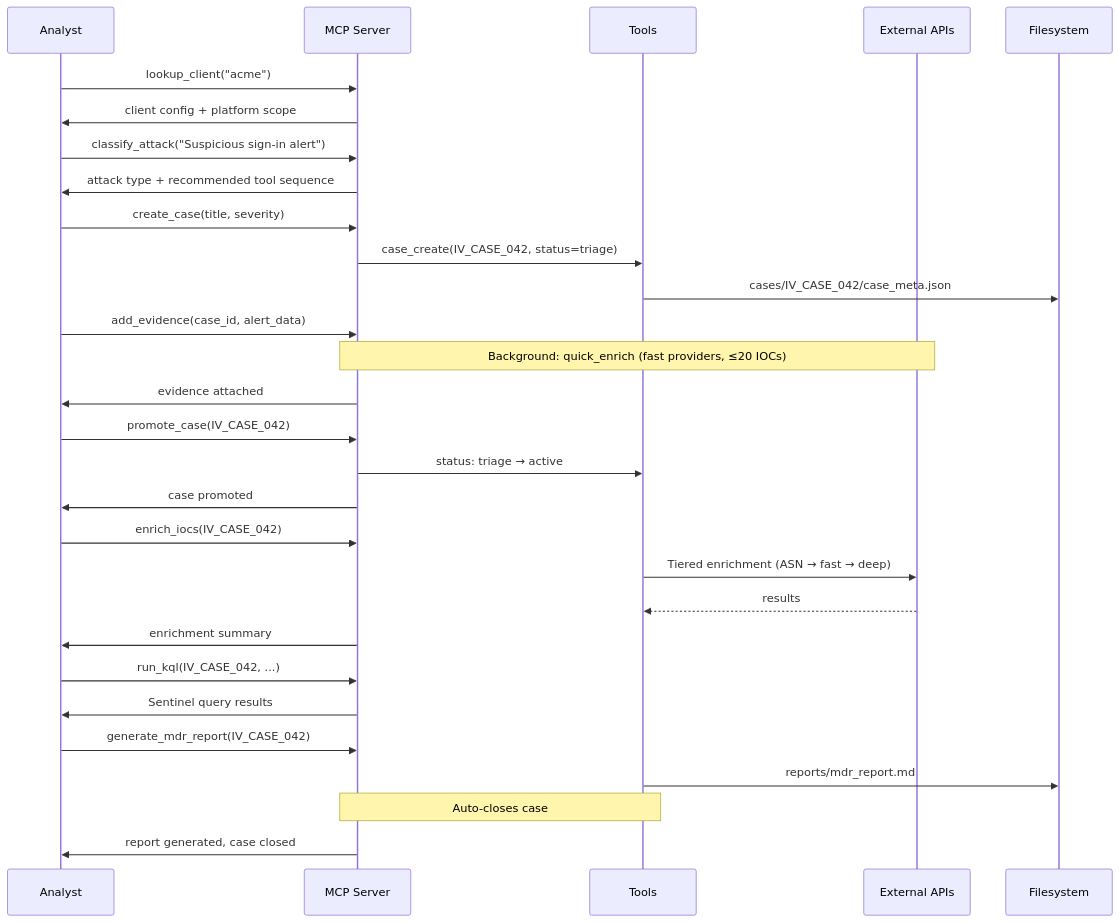
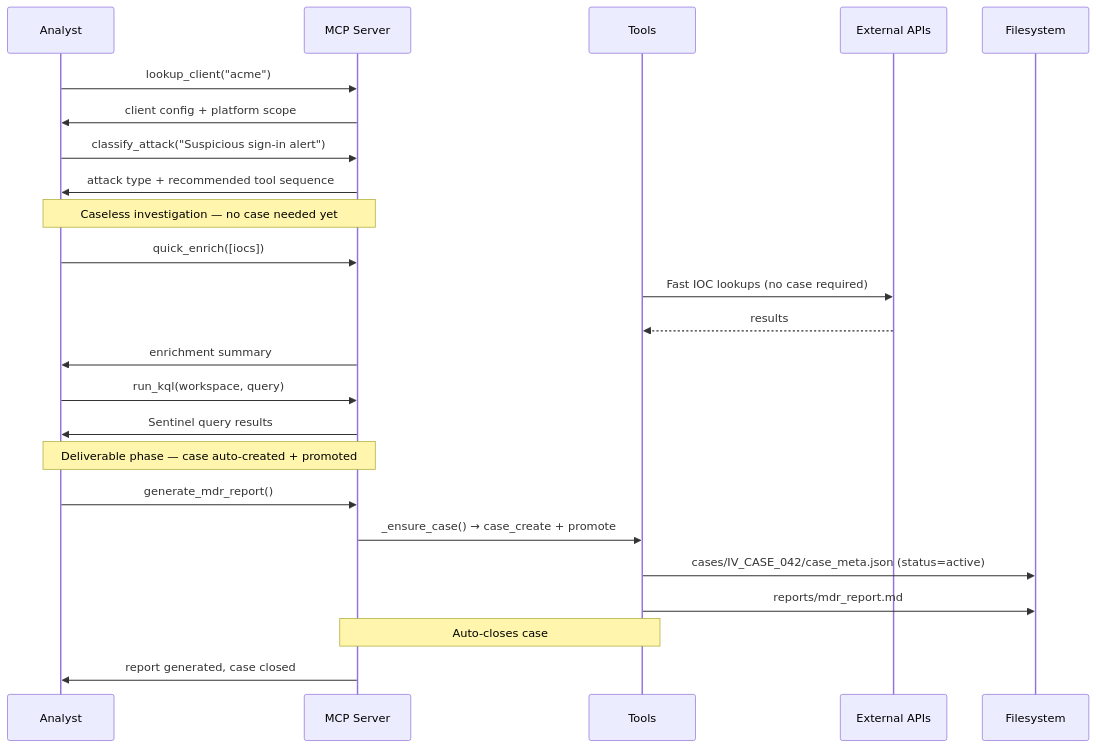
One commit to WillBanasik/socai changed the second of 2 diagrams in docs/architecture_diagram.md. Above: the diagram before and after it, drawn with Mermaid. The commit also changed 54 other files, not shown here.

````diff
--- a/docs/architecture_diagram.md
+++ b/docs/architecture_diagram.md
@@ -125,39 +125,33 @@
 ```mermaid
 sequenceDiagram
     participant A as Analyst
     participant M as MCP Server
     participant T as Tools
     participant E as External APIs
     participant F as Filesystem
 
     A->>M: lookup_client("acme")
     M->>A: client config + platform scope
 
     A->>M: classify_attack("Suspicious sign-in alert")
     M->>A: attack type + recommended tool sequence
 
-    A->>M: create_case(title, severity)
-    M->>T: case_create(IV_CASE_042, status=triage)
-    T->>F: cases/IV_CASE_042/case_meta.json
+    Note over A,M: Caseless investigation — no case needed yet
 
-    A->>M: add_evidence(case_id, alert_data)
-    Note over M,E: Background: quick_enrich (fast providers, ≤20 IOCs)
-    M->>A: evidence attached
-
-    A->>M: promote_case(IV_CASE_042)
-    M->>T: status: triage → active
-    M->>A: case promoted
-
-    A->>M: enrich_iocs(IV_CASE_042)
-    T->>E: Tiered enrichment (ASN → fast → deep)
+    A->>M: quick_enrich([iocs])
+    T->>E: Fast IOC lookups (no case required)
     E-->>T: results
     M->>A: enrichment summary
 
-    A->>M: run_kql(IV_CASE_042, ...)
+    A->>M: run_kql(workspace, query)
     M->>A: Sentinel query results
 
-    A->>M: generate_mdr_report(IV_CASE_042)
+    Note over A,M: Deliverable phase — case auto-created + promoted
+
+    A->>M: generate_mdr_report()
+    M->>T: _ensure_case() → case_create + promote
+    T->>F: cases/IV_CASE_042/case_meta.json (status=active)
     T->>F: reports/mdr_report.md
     Note over M,T: Auto-closes case
     M->>A: report generated, case closed
 ```
````
